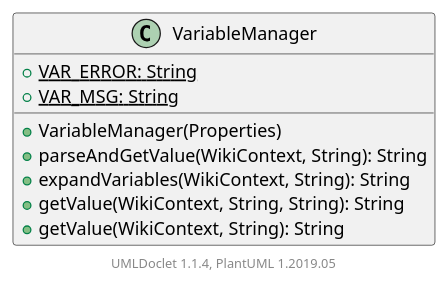
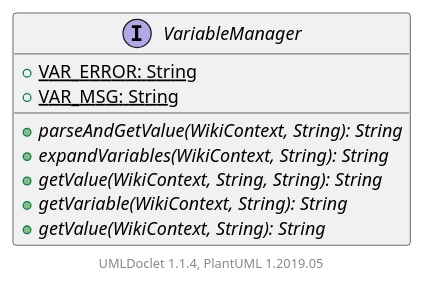
The diagram in apidocs/2.11.0.M7-SNAPSHOT/org/apache/wiki/VariableManager.puml (apache/jspwiki-site), drawn with PlantUML before and after one commit. The commit also changed 1184 other files, not shown here.

```diff
--- a/apidocs/2.11.0.M7-SNAPSHOT/org/apache/wiki/VariableManager.puml
+++ b/apidocs/2.11.0.M7-SNAPSHOT/org/apache/wiki/VariableManager.puml
@@ -1,15 +1,15 @@
 @startuml
 
-    class VariableManager [[VariableManager.html]] {
+    interface VariableManager [[VariableManager.html]] {
         {static} +VAR_ERROR: String
         {static} +VAR_MSG: String
-        +VariableManager(Properties)
-        +parseAndGetValue(WikiContext, String): String
-        +expandVariables(WikiContext, String): String
-        +getValue(WikiContext, String, String): String
-        +getValue(WikiContext, String): String
+        {abstract} +parseAndGetValue(WikiContext, String): String
+        {abstract} +expandVariables(WikiContext, String): String
+        {abstract} +getValue(WikiContext, String, String): String
+        {abstract} +getVariable(WikiContext, String): String
+        {abstract} +getValue(WikiContext, String): String
     }
 
 
     center footer UMLDoclet 1.1.4, PlantUML 1.2019.05
 @enduml
```
